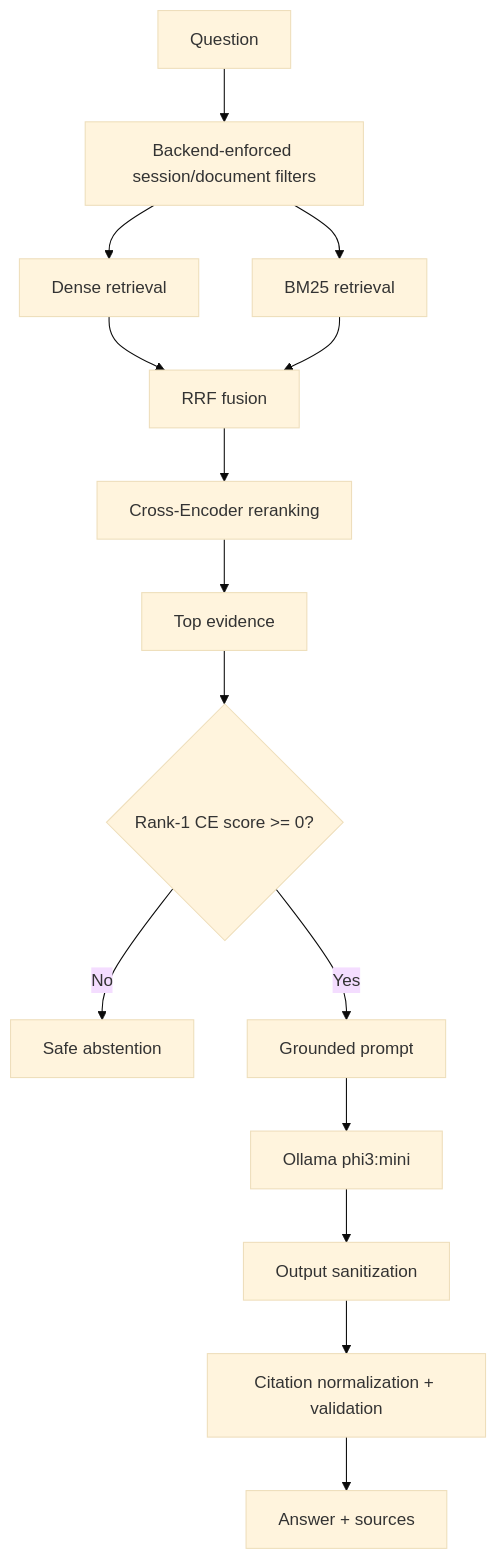
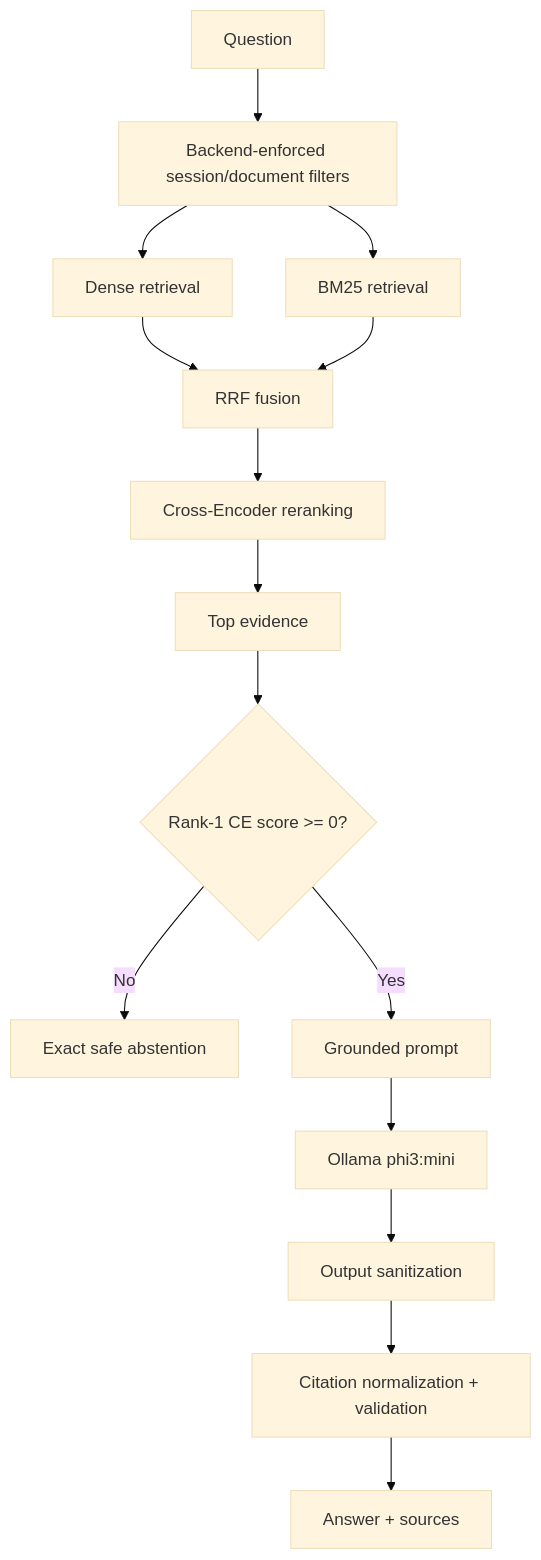
The third of 6 diagrams in docs/architecture.md (Md-Faiz-Alam/docqna), drawn with Mermaid (base theme) before and after one commit. The commit also changed other lines of this file and 12 other files, not shown here.

````diff
--- a/docs/architecture.md
+++ b/docs/architecture.md
@@ -63,18 +73,18 @@
 ```mermaid
 flowchart TD
     Q[Question]
     --> SF[Backend-enforced session/document filters]
     SF --> D[Dense retrieval]
     SF --> B[BM25 retrieval]
     D --> RRF[RRF fusion]
     B --> RRF
     RRF --> CE[Cross-Encoder reranking]
     CE --> TOP[Top evidence]
     TOP --> CONF{Rank-1 CE score >= 0?}
-    CONF -->|No| ABS[Safe abstention]
+    CONF -->|No| ABS[Exact safe abstention]
     CONF -->|Yes| PROMPT[Grounded prompt]
     PROMPT --> LLM[Ollama phi3:mini]
     LLM --> SAN[Output sanitization]
     SAN --> CIT[Citation normalization + validation]
     CIT --> RESP[Answer + sources]
 ```
````
